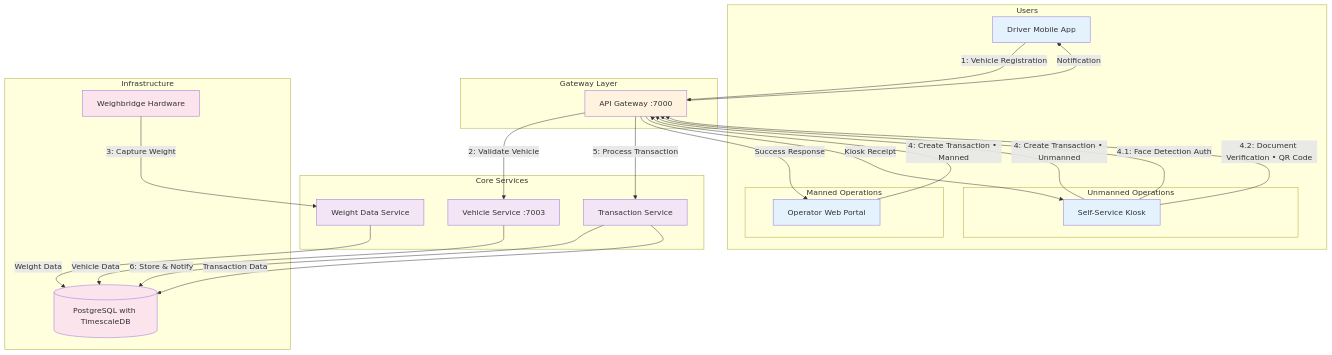
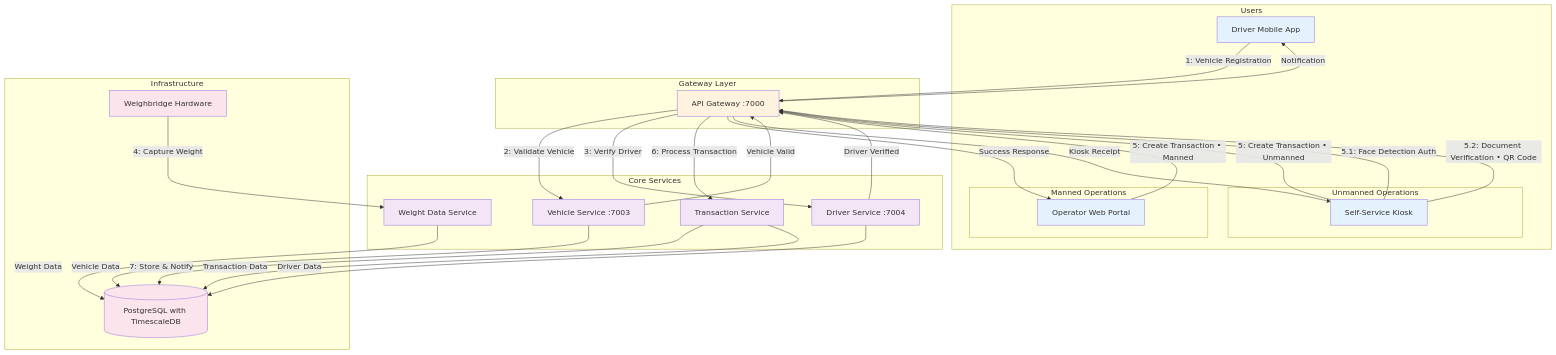
One commit to Qalitrack/qalitrackservices changed the diagram in docs/c4/complete-weighing-transaction-flow.mmd. Above: the diagram before and after it, drawn with Mermaid. The commit also changed 2 other files, not shown here.

Commit message:
feat(c4): add driver and vehicle verification steps before weight capture
- Add Driver Service :7004 to Complete Weighing Transaction Flow
- Insert driver verification step (Step 3) after vehicle validation
- Reorder transaction flow: Vehicle Registration → Vehicle Validation → Driver Verification → Weight Capture
- Update step numbering: weight capture now Step 4, transactions now Step 5/5.1/5.2, processing Steps 6-7
- Enhanced verification ensures both vehicle and driver are validated before weighing
- Update embedded markdown diagram and documentation to reflect verification workflow
- Regenerate PNG assets with comprehensive verification flow

🤖 Generated with [Claude Code](https://claude.ai/code)

```diff
--- a/docs/c4/complete-weighing-transaction-flow.mmd
+++ b/docs/c4/complete-weighing-transaction-flow.mmd
@@ -1,64 +1,69 @@
 flowchart TD
     subgraph "Users"
         Driver[Driver Mobile App]
         
         subgraph "Manned Operations"
             Operator[Operator Web Portal]
         end
         
         subgraph "Unmanned Operations"
             Kiosk[Self-Service Kiosk]
         end
     end
     
     subgraph "Gateway Layer"
         Gateway[API Gateway :7000]
     end
     
     subgraph "Core Services"
         VehicleSvc[Vehicle Service :7003]
+        DriverSvc[Driver Service :7004]
         WeightSvc[Weight Data Service]
         TransactionSvc[Transaction Service]
     end
     
     subgraph "Infrastructure"
         PostgreSQL[(PostgreSQL with TimescaleDB)]
         Hardware[Weighbridge Hardware]
     end
 
     %% Sequential transaction flow
     Driver -->|"1: Vehicle Registration"| Gateway
     Gateway -->|"2: Validate Vehicle"| VehicleSvc
-    Hardware -->|"3: Capture Weight"| WeightSvc
+    VehicleSvc -->|"Vehicle Valid"| Gateway
+    Gateway -->|"3: Verify Driver"| DriverSvc
+    DriverSvc -->|"Driver Verified"| Gateway
+    Hardware -->|"4: Capture Weight"| WeightSvc
     
     %% Manned operations
-    Operator -->|"4: Create Transaction • Manned"| Gateway
+    Operator -->|"5: Create Transaction • Manned"| Gateway
     
     %% Unmanned operations  
-    Kiosk -->|"4: Create Transaction • Unmanned"| Gateway
-    Kiosk -->|"4.1: Face Detection Auth"| Gateway
-    Kiosk -->|"4.2: Document Verification • QR Code"| Gateway
+    Kiosk -->|"5: Create Transaction • Unmanned"| Gateway
+    Kiosk -->|"5.1: Face Detection Auth"| Gateway
+    Kiosk -->|"5.2: Document Verification • QR Code"| Gateway
     
     %% Common transaction processing
-    Gateway -->|"5: Process Transaction"| TransactionSvc
-    TransactionSvc -->|"6: Store & Notify"| PostgreSQL
+    Gateway -->|"6: Process Transaction"| TransactionSvc
+    TransactionSvc -->|"7: Store & Notify"| PostgreSQL
     
     %% Data storage
     VehicleSvc -->|Vehicle Data| PostgreSQL
+    DriverSvc -->|Driver Data| PostgreSQL
     WeightSvc -->|Weight Data| PostgreSQL
     TransactionSvc -->|Transaction Data| PostgreSQL
     
     %% Responses
     Gateway -->|Success Response| Operator
     Gateway -->|Kiosk Receipt| Kiosk
     Gateway -->|Notification| Driver
 
     classDef client fill:#e3f2fd
     classDef gateway fill:#fff3e0
     classDef services fill:#f3e5f5
     classDef infrastructure fill:#fce4ec
     
     class Driver,Operator,Kiosk client
     class Gateway gateway
-    class VehicleSvc,WeightSvc,TransactionSvc services
+    class VehicleSvc,DriverSvc,WeightSvc,TransactionSvc services
     class PostgreSQL,Hardware infrastructure
```
